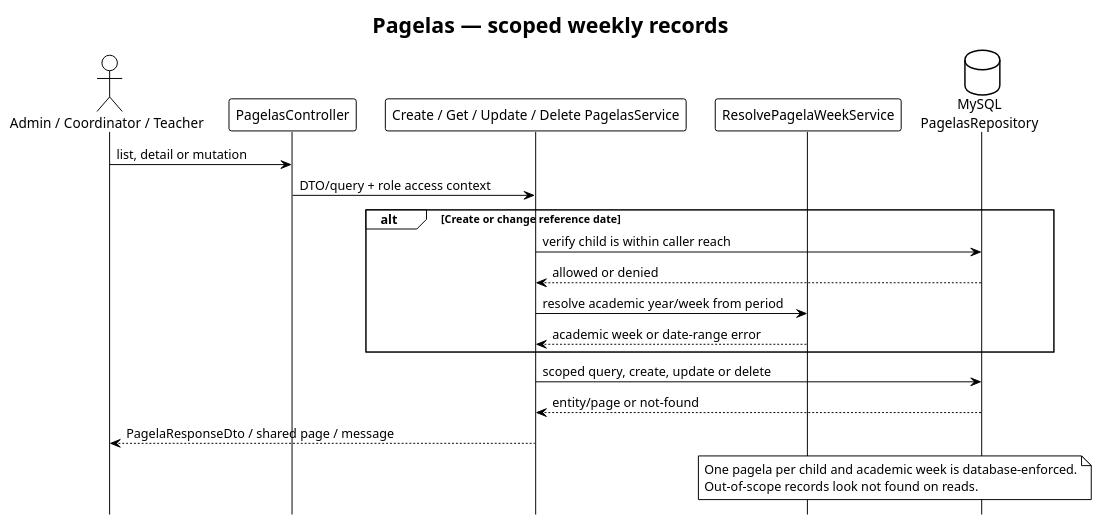
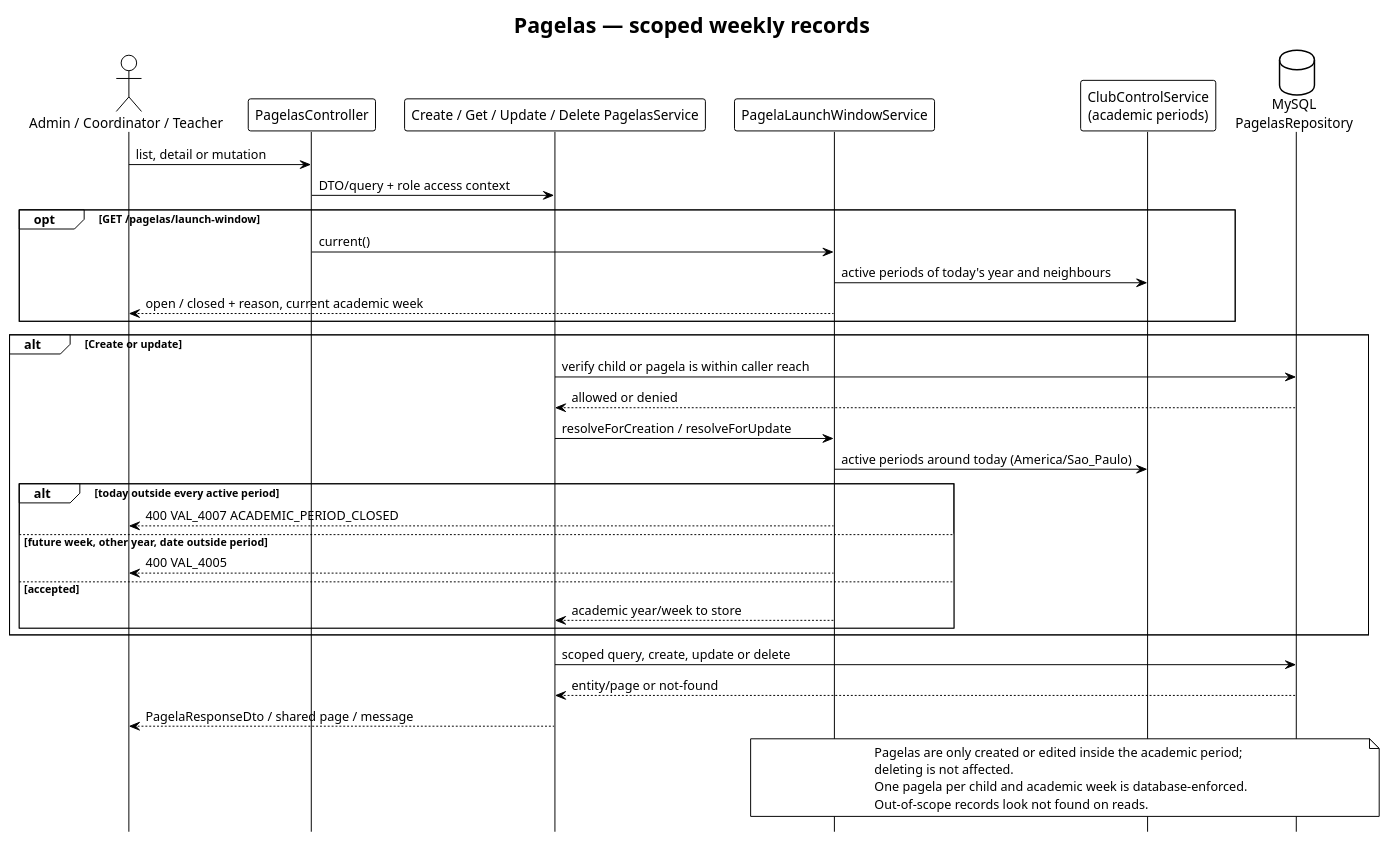
The diagram in docs/diagrams/flow/pagelas/pagelas-flow.puml (ministerioclubinhos/clubinhonib-api), drawn with PlantUML before and after one commit. The commit also changed 69 other files, not shown here.

```diff
--- a/docs/diagrams/flow/pagelas/pagelas-flow.puml
+++ b/docs/diagrams/flow/pagelas/pagelas-flow.puml
@@ -1,30 +1,46 @@
 @startuml Pagelas Flow - Clubinho NIB API
 !theme plain
 hide footbox
 title Pagelas — scoped weekly records
 
 actor "Admin / Coordinator / Teacher" as Client
 participant PagelasController as Controller
 participant "Create / Get / Update / Delete PagelasService" as Service
-participant ResolvePagelaWeekService as Week
+participant PagelaLaunchWindowService as Week
+participant "ClubControlService\n(academic periods)" as Periods
 database "MySQL\nPagelasRepository" as Repository
 
 Client -> Controller : list, detail or mutation
 Controller -> Service : DTO/query + role access context
 
-alt Create or change reference date
-  Service -> Repository : verify child is within caller reach
+opt GET /pagelas/launch-window
+  Controller -> Week : current()
+  Week -> Periods : active periods of today's year and neighbours
+  Week --> Client : open / closed + reason, current academic week
+end
+
+alt Create or update
+  Service -> Repository : verify child or pagela is within caller reach
   Repository --> Service : allowed or denied
-  Service -> Week : resolve academic year/week from period
-  Week --> Service : academic week or date-range error
+  Service -> Week : resolveForCreation / resolveForUpdate
+  Week -> Periods : active periods around today (America/Sao_Paulo)
+  alt today outside every active period
+    Week --> Client : 400 VAL_4007 ACADEMIC_PERIOD_CLOSED
+  else future week, other year, date outside period
+    Week --> Client : 400 VAL_4005
+  else accepted
+    Week --> Service : academic year/week to store
+  end
 end
 
 Service -> Repository : scoped query, create, update or delete
 Repository --> Service : entity/page or not-found
 Service --> Client : PagelaResponseDto / shared page / message
 
 note over Week, Repository
+  Pagelas are only created or edited inside the academic period;
+  deleting is not affected.
   One pagela per child and academic week is database-enforced.
   Out-of-scope records look not found on reads.
 end note
 @enduml
```
